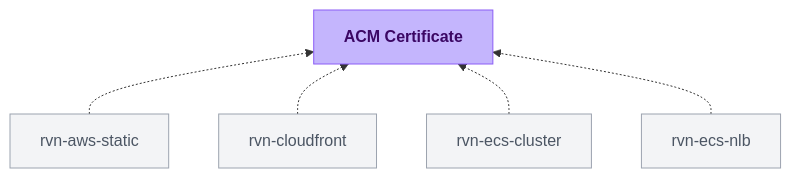
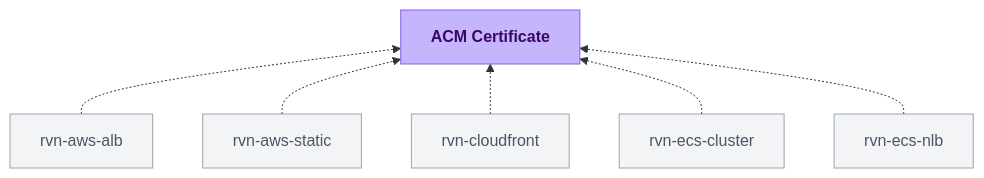
One commit to flightcontrolhq/docs changed the diagram in module-definitions/catalog/rvn-acm-certificate.mdx. Above: the diagram before and after it, drawn with Mermaid. The commit also changed 12 other files, not shown here.

Commit message:
chore: sync module catalog docs

````diff
--- a/module-definitions/catalog/rvn-acm-certificate.mdx
+++ b/module-definitions/catalog/rvn-acm-certificate.mdx
@@ -13,20 +13,22 @@
 ```mermaid
 flowchart BT
-  rvn_aws_static["rvn-aws-static"] -.-> rvn_acm_certificate["<strong>ACM Certificate</strong>"]
+  rvn_aws_alb["rvn-aws-alb"] -.-> rvn_acm_certificate["<strong>ACM Certificate</strong>"]
+  rvn_aws_static["rvn-aws-static"] -.-> rvn_acm_certificate
   rvn_cloudfront["rvn-cloudfront"] -.-> rvn_acm_certificate
   rvn_ecs_cluster["rvn-ecs-cluster"] -.-> rvn_acm_certificate
   rvn_ecs_nlb["rvn-ecs-nlb"] -.-> rvn_acm_certificate
 
   class rvn_acm_certificate current
-  class rvn_aws_static,rvn_cloudfront,rvn_ecs_cluster,rvn_ecs_nlb consumer
+  class rvn_aws_alb,rvn_aws_static,rvn_cloudfront,rvn_ecs_cluster,rvn_ecs_nlb consumer
 
   classDef current fill:#C4B5FD,stroke:#8B5CF6,color:#3B0764
   classDef dependency fill:#FAF8FF,stroke:#DDD6FE,color:#6D28D9
   classDef consumer fill:#F3F4F6,stroke:#9CA3AF,color:#4B5563
   classDef upstream fill:#F8FAFC,stroke:#CBD5E1,color:#94A3B8
 
+  click rvn_aws_alb "/module-definitions/catalog/rvn-aws-alb" "Open rvn-aws-alb docs"
   click rvn_aws_static "/module-definitions/catalog/rvn-aws-static" "Open rvn-aws-static docs"
   click rvn_cloudfront "/module-definitions/catalog/rvn-cloudfront" "Open rvn-cloudfront docs"
   click rvn_ecs_cluster "/module-definitions/catalog/rvn-ecs-cluster" "Open rvn-ecs-cluster docs"
   click rvn_ecs_nlb "/module-definitions/catalog/rvn-ecs-nlb" "Open rvn-ecs-nlb docs"
 ```
````
